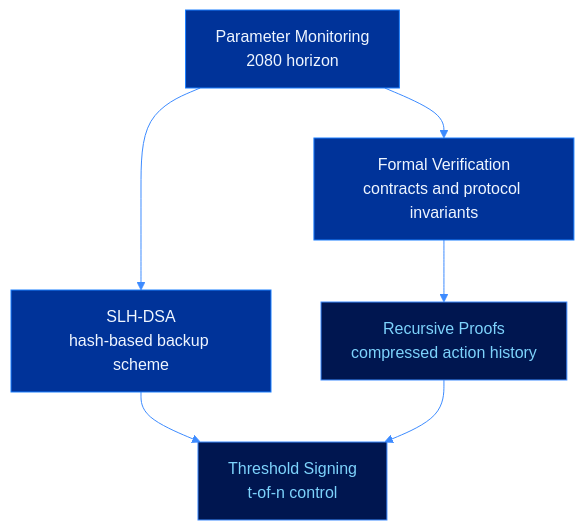
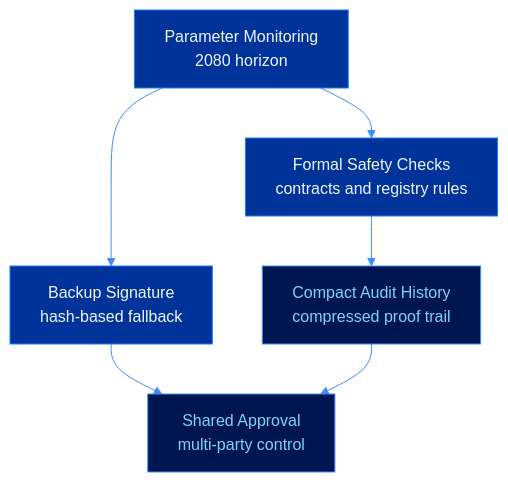
One commit to cevexlabs/cevex changed the diagram in docs/roadmap/research-horizon.md. Above: the diagram before and after it, drawn with Mermaid. The commit also changed other lines of this file and 4 other files, not shown here.

Commit message:
Update roadmap copy

````diff
--- a/docs/roadmap/research-horizon.md
+++ b/docs/roadmap/research-horizon.md
@@ -13,21 +13,21 @@
 ```mermaid
 %%{init: {'theme': 'base', 'themeVariables': {'primaryColor': '#003399', 'primaryTextColor': '#eff6ff', 'primaryBorderColor': '#1a7fff', 'lineColor': '#3d8bff', 'secondaryColor': '#001650', 'tertiaryColor': '#000d20', 'clusterBkg': '#001650', 'titleColor': '#eff6ff', 'edgeLabelBackground': '#001650'}}}%%
 graph TD
-    FV["Formal Verification\ncontracts and protocol invariants"]
-    SLH["SLH-DSA\nhash-based backup scheme"]
-    REC["Recursive Proofs\ncompressed action history"]
-    THRESH["Threshold Signing\nt-of-n control"]
+    FV["Formal Safety Checks\ncontracts and registry rules"]
+    SLH["Backup Signature\nhash-based fallback"]
+    REC["Compact Audit History\ncompressed proof trail"]
+    THRESH["Shared Approval\nmulti-party control"]
     PARAM["Parameter Monitoring\n2080 horizon"]
 
     PARAM --> FV
     PARAM --> SLH
     FV --> REC
     SLH --> THRESH
     REC --> THRESH
 
     style FV fill:#003399,color:#eff6ff,stroke:#1a7fff
     style SLH fill:#003399,color:#eff6ff,stroke:#1a7fff
     style REC fill:#001650,color:#7dd3fc,stroke:#3d8bff
     style THRESH fill:#001650,color:#7dd3fc,stroke:#3d8bff
     style PARAM fill:#003399,color:#eff6ff,stroke:#1a7fff
 ```
````
